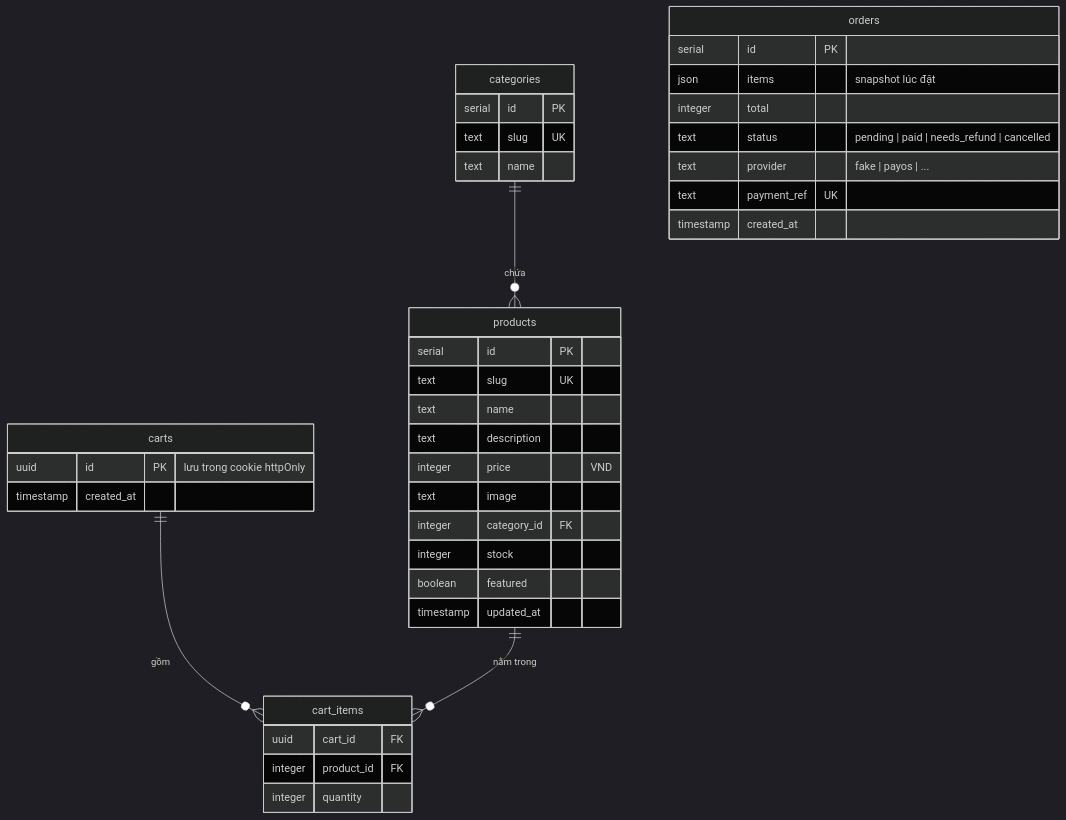
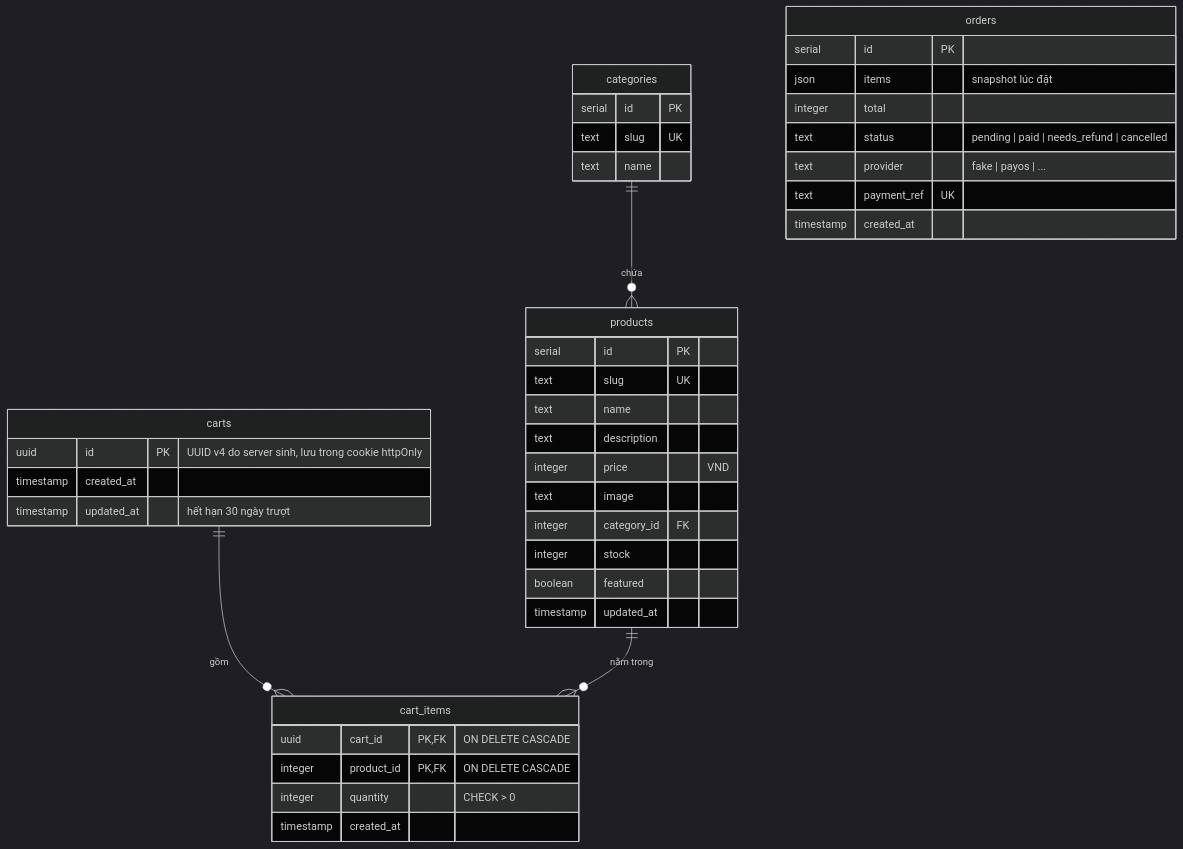
The fifth of 6 diagrams in docs/architecture.md (chinhpham208/next-store), drawn with Mermaid (dark theme) before and after one commit. The commit also changed other lines of this file and 8 other files, not shown here.

````diff
--- a/docs/architecture.md
+++ b/docs/architecture.md
@@ -107,42 +112,44 @@
 ```mermaid
 erDiagram
   categories ||--o{ products : "chứa"
   carts ||--o{ cart_items : "gồm"
   products ||--o{ cart_items : "nằm trong"
 
   categories {
     serial id PK
     text slug UK
     text name
   }
   products {
     serial id PK
     text slug UK
     text name
     text description
     integer price "VND"
     text image
     integer category_id FK
     integer stock
     boolean featured
     timestamp updated_at
   }
   carts {
-    uuid id PK "lưu trong cookie httpOnly"
+    uuid id PK "UUID v4 do server sinh, lưu trong cookie httpOnly"
     timestamp created_at
+    timestamp updated_at "hết hạn 30 ngày trượt"
   }
   cart_items {
-    uuid cart_id FK
-    integer product_id FK
-    integer quantity
+    uuid cart_id PK, FK "ON DELETE CASCADE"
+    integer product_id PK, FK "ON DELETE CASCADE"
+    integer quantity "CHECK > 0"
+    timestamp created_at
   }
   orders {
     serial id PK
     json items "snapshot lúc đặt"
     integer total
     text status "pending | paid | needs_refund | cancelled"
     text provider "fake | payos | ..."
     text payment_ref UK
     timestamp created_at
   }
 ```
````
